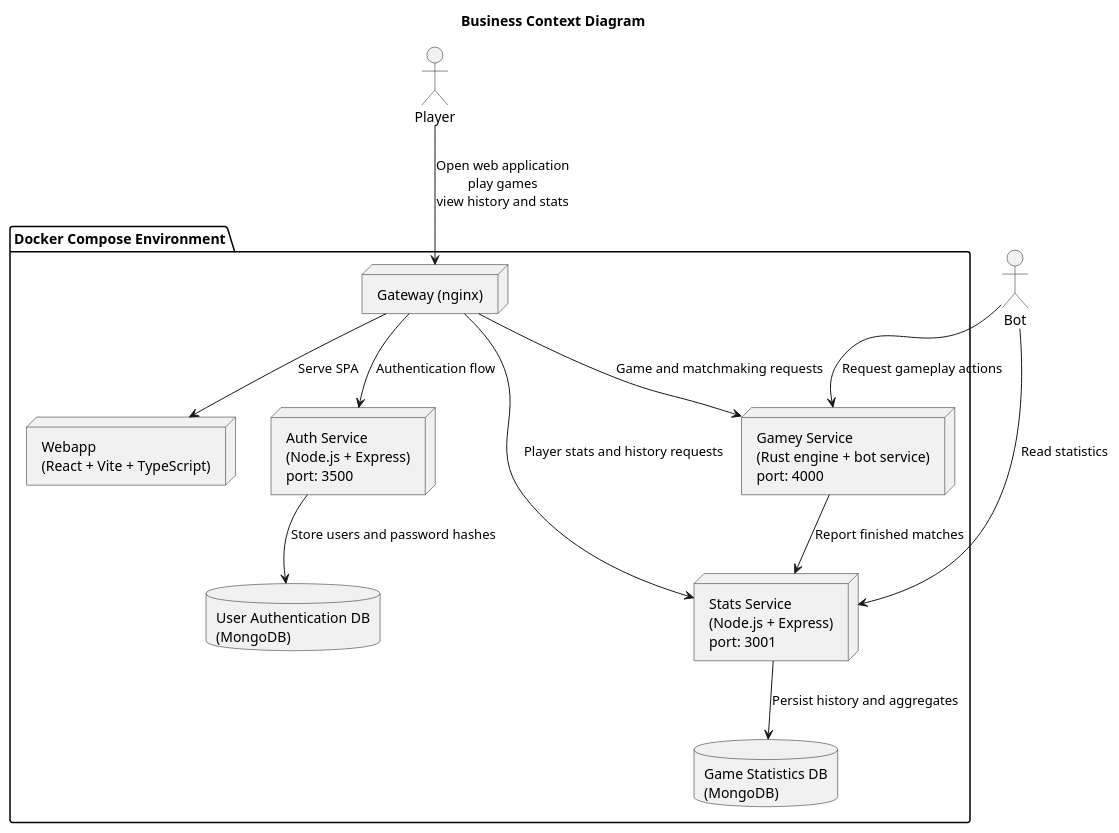
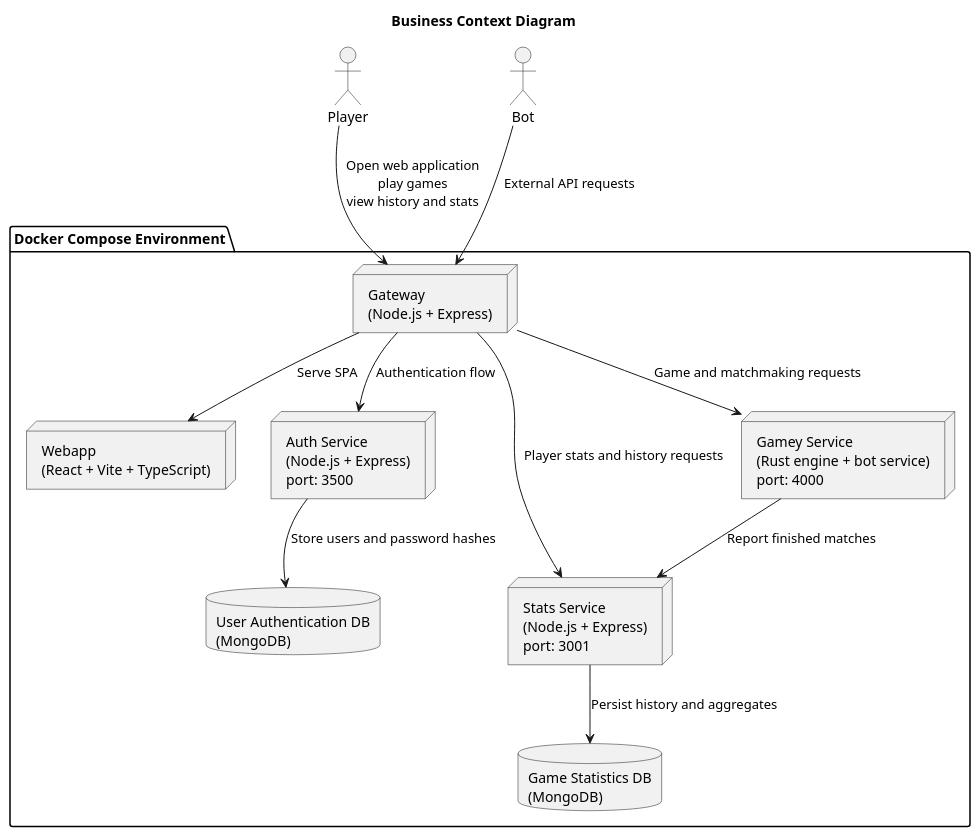
The first of 2 diagrams in docs/src/03_context_and_scope.adoc (Arquisoft/yovi_es4b), drawn with PlantUML before and after one commit. The commit also changed other lines of this file and 7 other files, not shown here.

```diff
--- a/docs/src/03_context_and_scope.adoc
+++ b/docs/src/03_context_and_scope.adoc
@@ -13,32 +13,31 @@
 [plantuml, target=business-context-diagram, format=png]
 ----
 @startuml
 title Business Context Diagram
 
 actor Player
 actor Bot
 
 package "Docker Compose Environment" {
-    node "Gateway (nginx)" as Gateway
+    node "Gateway\n(Node.js + Express)" as Gateway
     node "Webapp\n(React + Vite + TypeScript)" as WebApp
     node "Auth Service\n(Node.js + Express)\nport: 3500" as Auth
     node "Stats Service\n(Node.js + Express)\nport: 3001" as Stats
     node "Gamey Service\n(Rust engine + bot service)\nport: 4000" as Gamey
     database "User Authentication DB\n(MongoDB)" as UserDB
     database "Game Statistics DB\n(MongoDB)" as GameDB
 }
 
 Player --> Gateway : Open web application\nplay games\nview history and stats
 Gateway --> WebApp : Serve SPA
 Gateway --> Auth : Authentication flow
 Gateway --> Gamey : Game and matchmaking requests
 Gateway --> Stats : Player stats and history requests
 
-Bot --> Gamey : Request gameplay actions
-Bot --> Stats : Read statistics
+Bot --> Gateway : External API requests
 
 Auth --> UserDB : Store users and password hashes
 Gamey --> Stats : Report finished matches
 Stats --> GameDB : Persist history and aggregates
 @enduml
 ----
```
